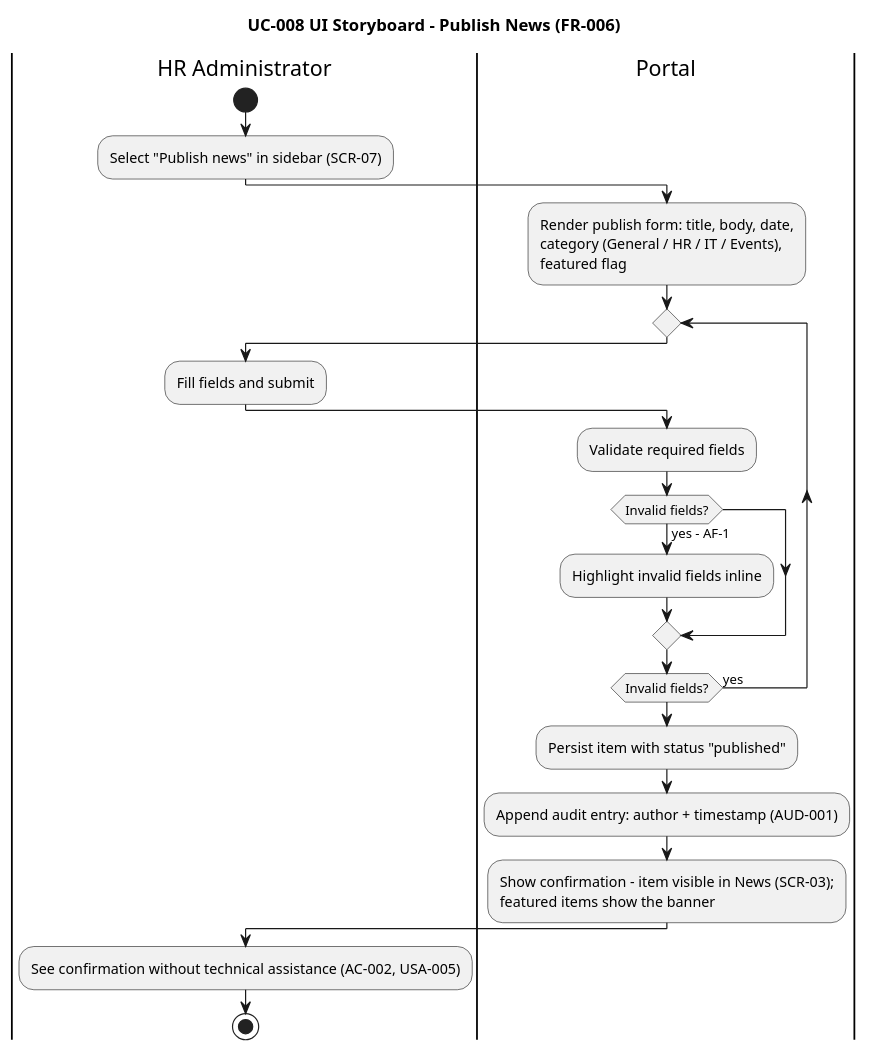
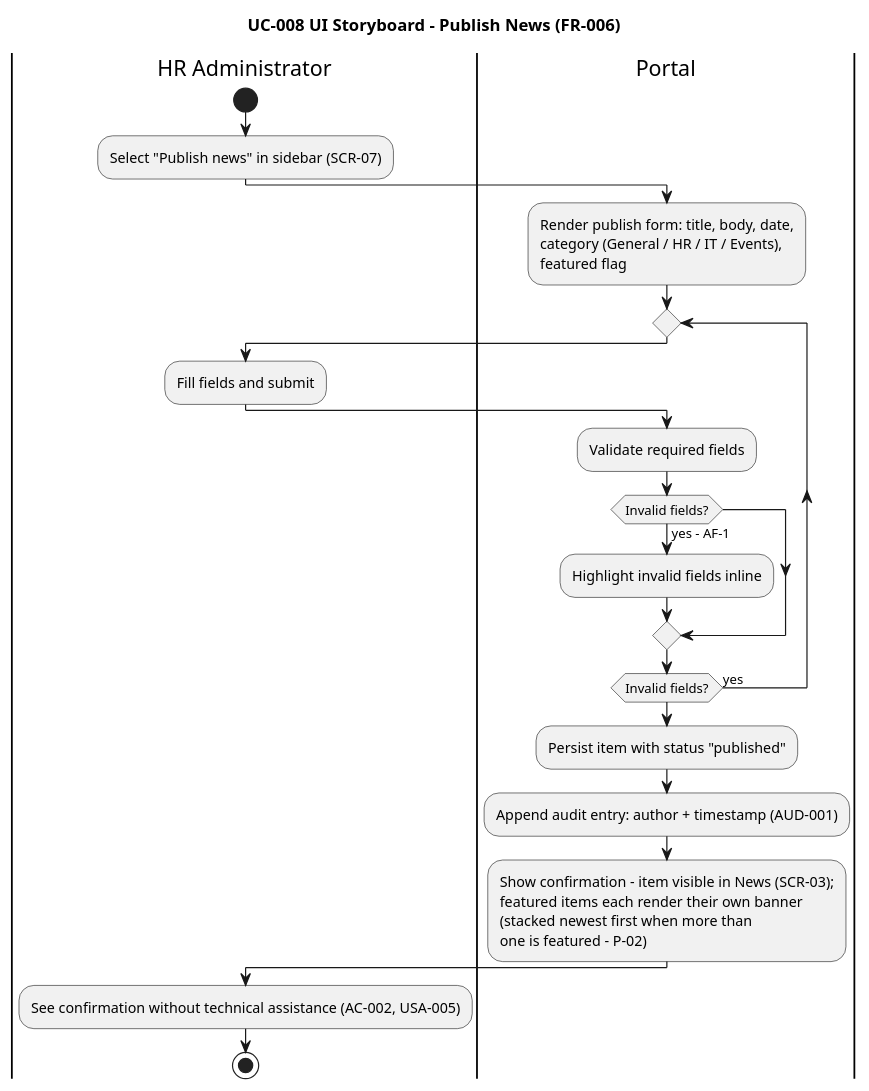
Diagram 14 of 16 in docs/artifacts/requirements/use-case-model.md (banense-test/employee-portal), drawn with PlantUML before and after one commit. The commit also changed other lines of this file, not shown here.

````diff
--- a/docs/artifacts/requirements/use-case-model.md
+++ b/docs/artifacts/requirements/use-case-model.md
@@ -849,25 +851,25 @@
 ```plantuml
 @startuml
 title UC-008 UI Storyboard - Publish News (FR-006)
 |HR Administrator|
 start
 :Select "Publish news" in sidebar (SCR-07);
 |Portal|
 :Render publish form: title, body, date,\ncategory (General / HR / IT / Events),\nfeatured flag;
 repeat
   |HR Administrator|
   :Fill fields and submit;
   |Portal|
   :Validate required fields;
   if (Invalid fields?) then (yes - AF-1)
     :Highlight invalid fields inline;
   endif
 repeat while (Invalid fields?) is (yes)
 :Persist item with status "published";
 :Append audit entry: author + timestamp (AUD-001);
-:Show confirmation - item visible in News (SCR-03);\nfeatured items show the banner;
+:Show confirmation - item visible in News (SCR-03);\nfeatured items each render their own banner\n(stacked newest first when more than\none is featured - P-02);
 |HR Administrator|
 :See confirmation without technical assistance (AC-002, USA-005);
 stop
 @enduml
 ```
````
